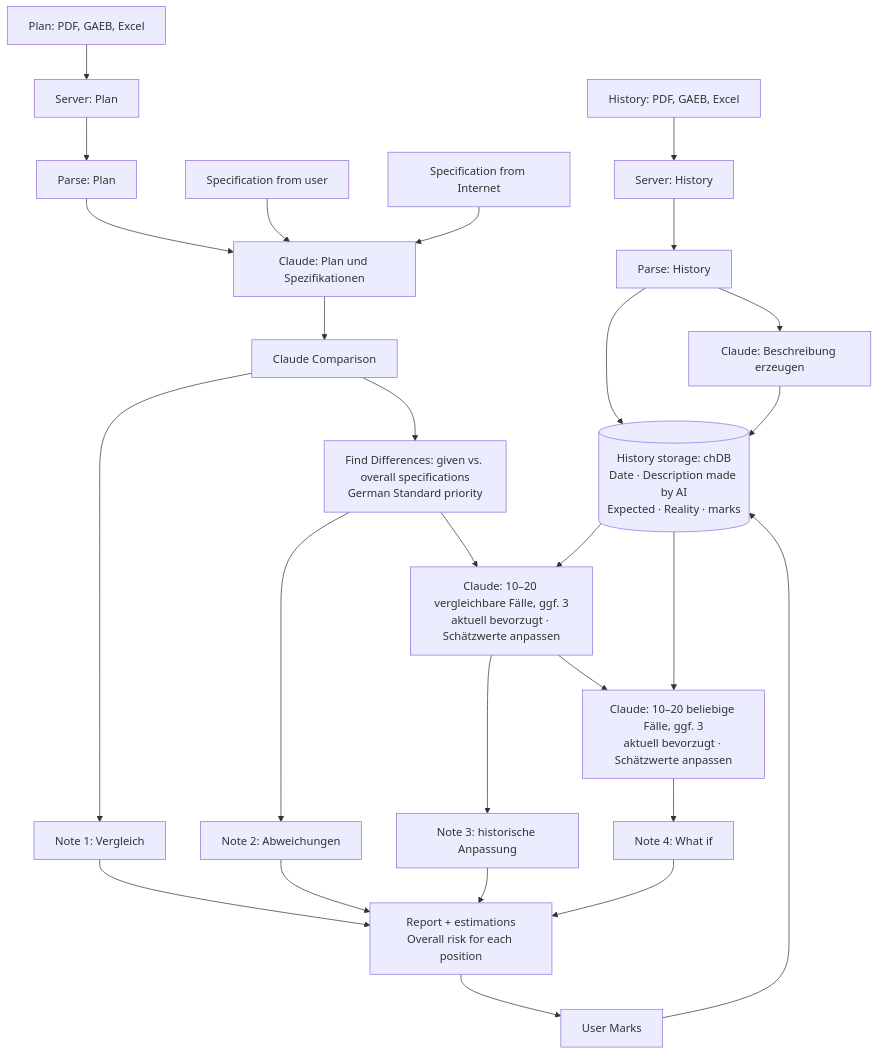
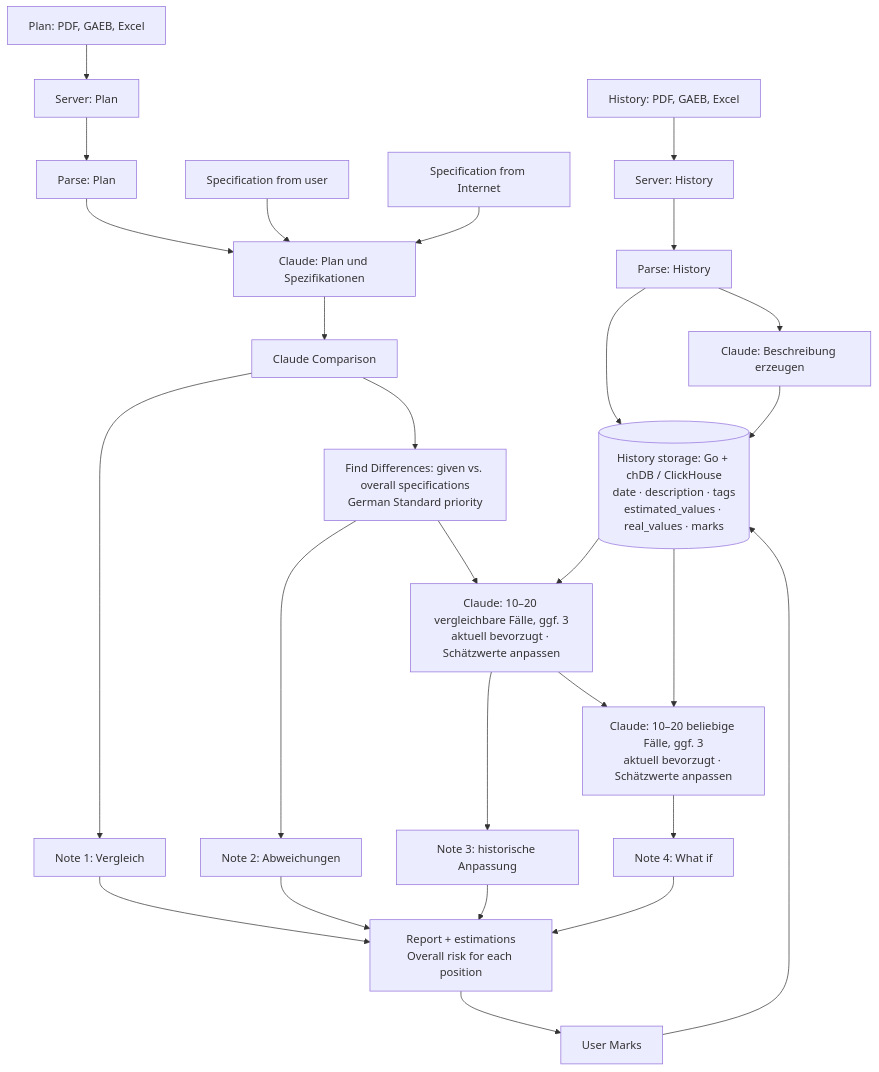
The diagram in docs/architektur.md (f89pkdtkhw-lab/tum-ai-boq-assistant), drawn with Mermaid before and after one commit. The commit also changed other lines of this file and 2 other files, not shown here.

````diff
--- a/docs/architektur.md
+++ b/docs/architektur.md
@@ -19,30 +19,30 @@
 ```mermaid
 flowchart TD
     H["History: PDF, GAEB, Excel"] --> HS["Server: History"]
     HS --> HP["Parse: History"]
-    HP --> DB[("History storage: chDB<br/>Date · Description made by AI<br/>Expected · Reality · marks")]
+    HP --> DB[("History storage: Go + chDB / ClickHouse<br/>date · description · tags<br/>estimated_values · real_values · marks")]
     HP --> HD["Claude: Beschreibung erzeugen"]
     HD --> DB
 
     P["Plan: PDF, GAEB, Excel"] --> PS["Server: Plan"]
     PS --> PP["Parse: Plan"]
     PP --> C["Claude: Plan und Spezifikationen"]
     U["Specification from user"] --> C
     I["Specification from Internet"] --> C
     C --> CC["Claude Comparison"]
     CC --> N1["Note 1: Vergleich"]
     CC --> D["Find Differences: given vs. overall specifications<br/>German Standard priority"]
     D --> N2["Note 2: Abweichungen"]
     D --> A["Claude: 10–20 vergleichbare Fälle, ggf. 3<br/>aktuell bevorzugt · Schätzwerte anpassen"]
     DB --> A
     A --> N3["Note 3: historische Anpassung"]
     A --> W["Claude: 10–20 beliebige Fälle, ggf. 3<br/>aktuell bevorzugt · Schätzwerte anpassen"]
     DB --> W
     W --> N4["Note 4: What if"]
     N1 --> R["Report + estimations<br/>Overall risk for each position"]
     N2 --> R
     N3 --> R
     N4 --> R
     R --> M["User Marks"]
     M --> DB
 ```
````
